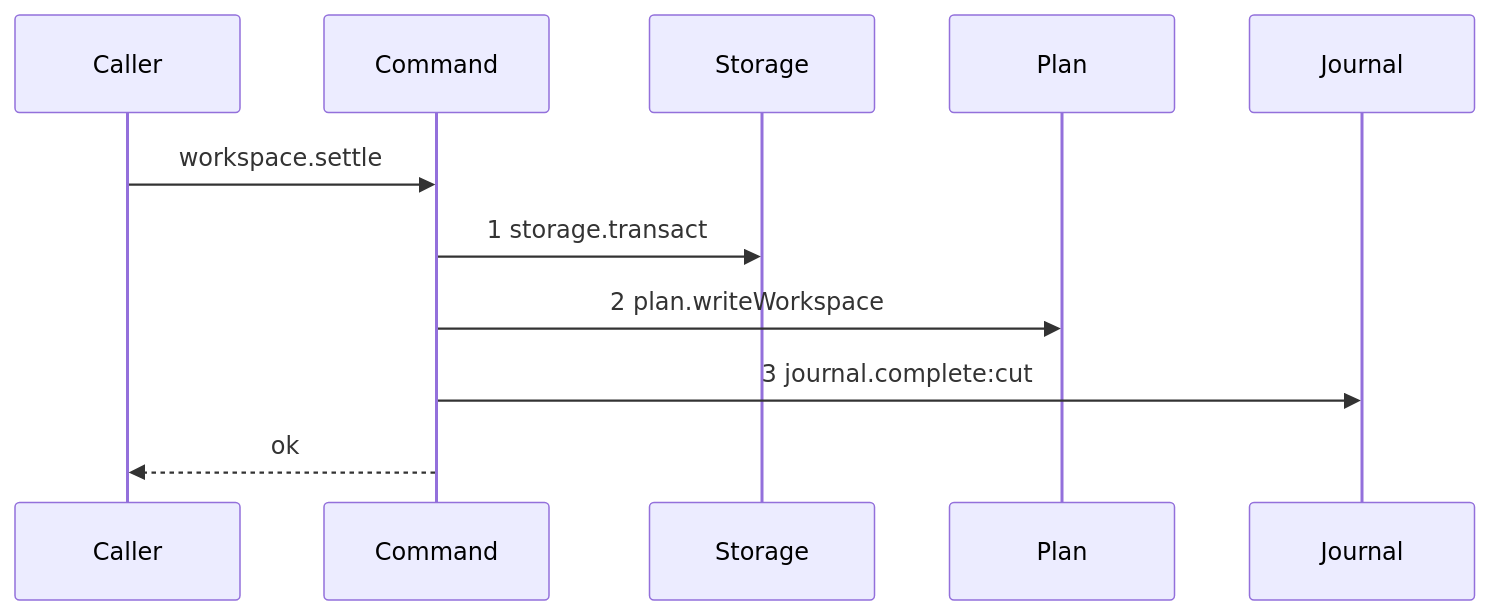
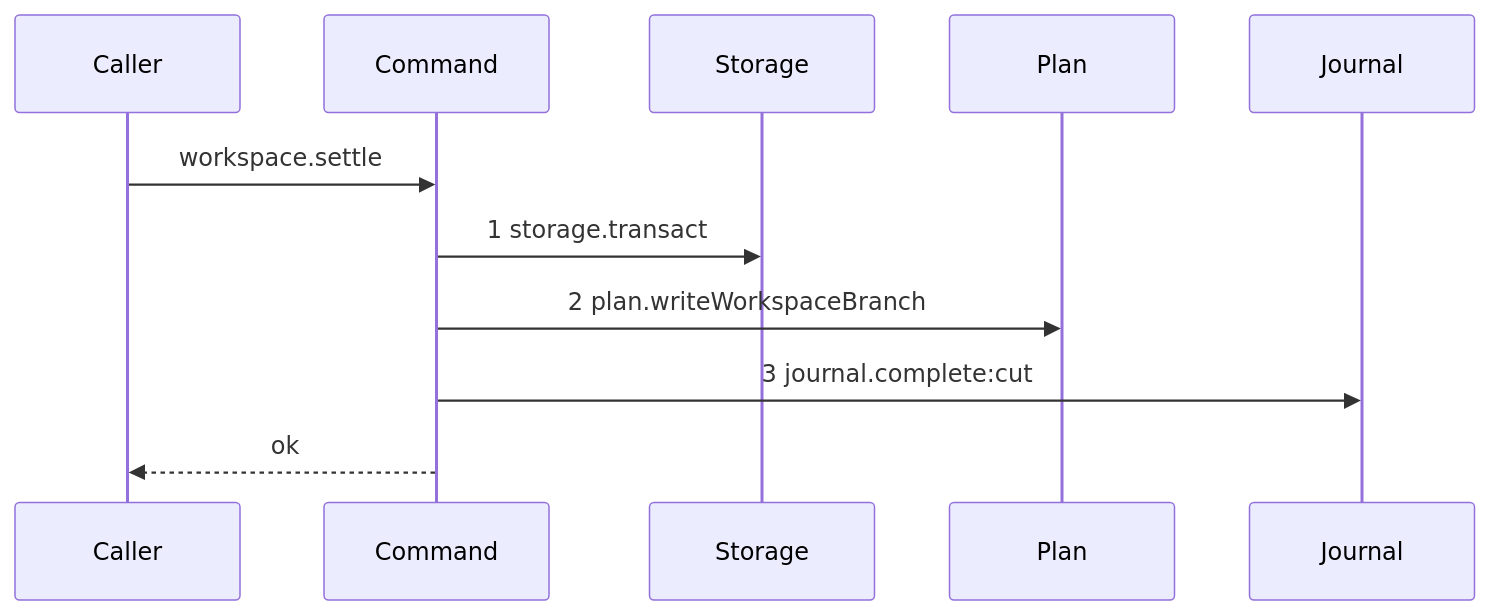
The third of 22 diagrams in .agents/plan/epics/051-the-execution-checkpoint.md (kanthorlabs/kanthord-engine), drawn with Mermaid before and after one commit. The commit also changed other lines of this file, not shown here.

First line of the commit message:
fix(plan): re-validate EPIC 051 against the source of truth

````diff
--- a/.agents/plan/epics/051-the-execution-checkpoint.md
+++ b/.agents/plan/epics/051-the-execution-checkpoint.md
@@ -265,13 +320,13 @@
 ```mermaid
 sequenceDiagram
     participant Caller
     participant Command
     participant Storage
     participant Plan
     participant Journal
     Caller->>Command: workspace.settle
     Command->>Storage: 1 storage.transact
-    Command->>Plan: 2 plan.writeWorkspace
+    Command->>Plan: 2 plan.writeWorkspaceBranch
     Command->>Journal: 3 journal.complete:cut
     Command-->>Caller: ok
 ```
````
